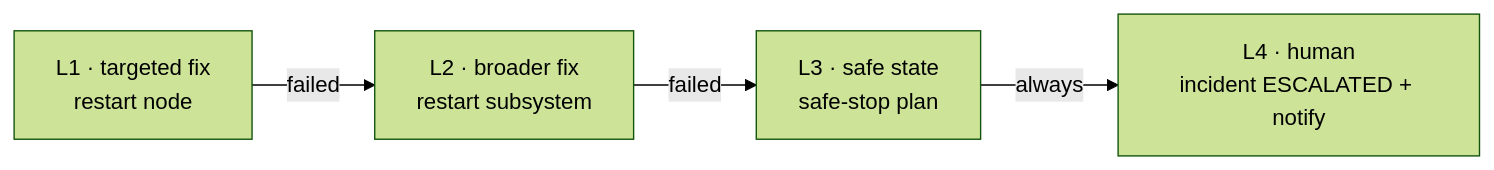
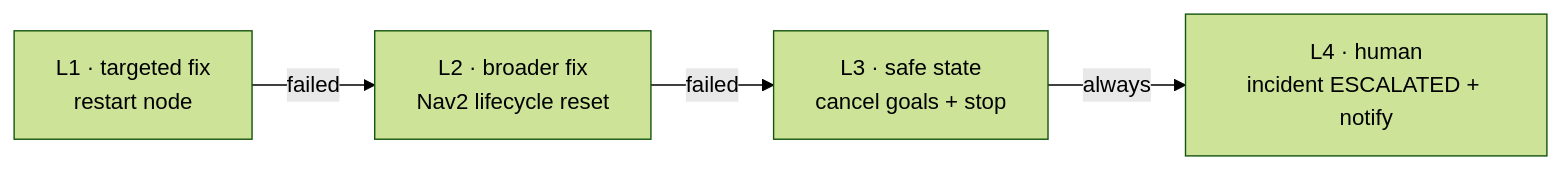
One commit to guilyx/jarvis_ros2 changed the fifth of 10 diagrams in docs/design/04-data-flow.md. Above: the diagram before and after it, drawn with Mermaid (forest theme). The commit also changed other lines of this file and 20 other files, not shown here.

````diff
--- a/docs/design/04-data-flow.md
+++ b/docs/design/04-data-flow.md
@@ -134,6 +132,6 @@
 ```mermaid
 flowchart LR
-  L1["L1 · targeted fix<br/>restart node"] -->|"failed"| L2["L2 · broader fix<br/>restart subsystem"]
-  L2 -->|"failed"| L3["L3 · safe state<br/>safe-stop plan"]
+  L1["L1 · targeted fix<br/>restart node"] -->|"failed"| L2["L2 · broader fix<br/>Nav2 lifecycle reset"]
+  L2 -->|"failed"| L3["L3 · safe state<br/>cancel goals + stop"]
   L3 -->|"always"| L4["L4 · human<br/>incident ESCALATED + notify"]
 ```
````
